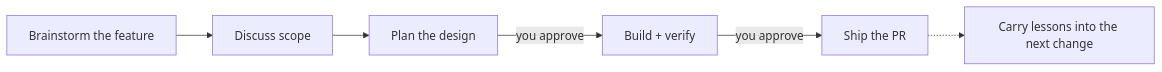
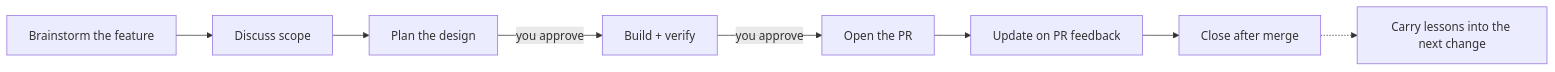
One commit to ELUNOX/mochiflow changed the diagram in README.md. Above: the diagram before and after it, drawn with Mermaid. The commit also changed other lines of this file and 4 other files, not shown here.

First line of the commit message:
docs: document open/update/close flow and gitignored INDEX

````diff
--- a/README.md
+++ b/README.md
@@ -182,8 +185,10 @@
 ```mermaid
 flowchart LR
     A["Brainstorm the feature"] --> B["Discuss scope"]
     B --> C["Plan the design"]
     C -->|"you approve"| D["Build + verify"]
-    D -->|"you approve"| E["Ship the PR"]
-    E -.-> F["Carry lessons into the next change"]
+    D -->|"you approve"| E["Open the PR"]
+    E --> G["Update on PR feedback"]
+    G --> H["Close after merge"]
+    H -.-> F["Carry lessons into the next change"]
 ```
````
